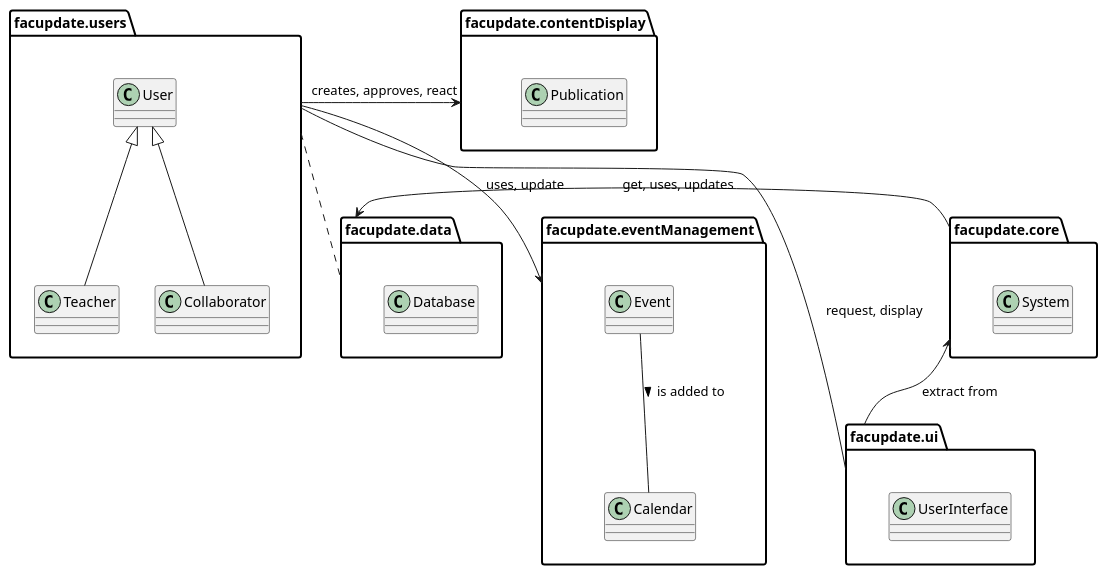
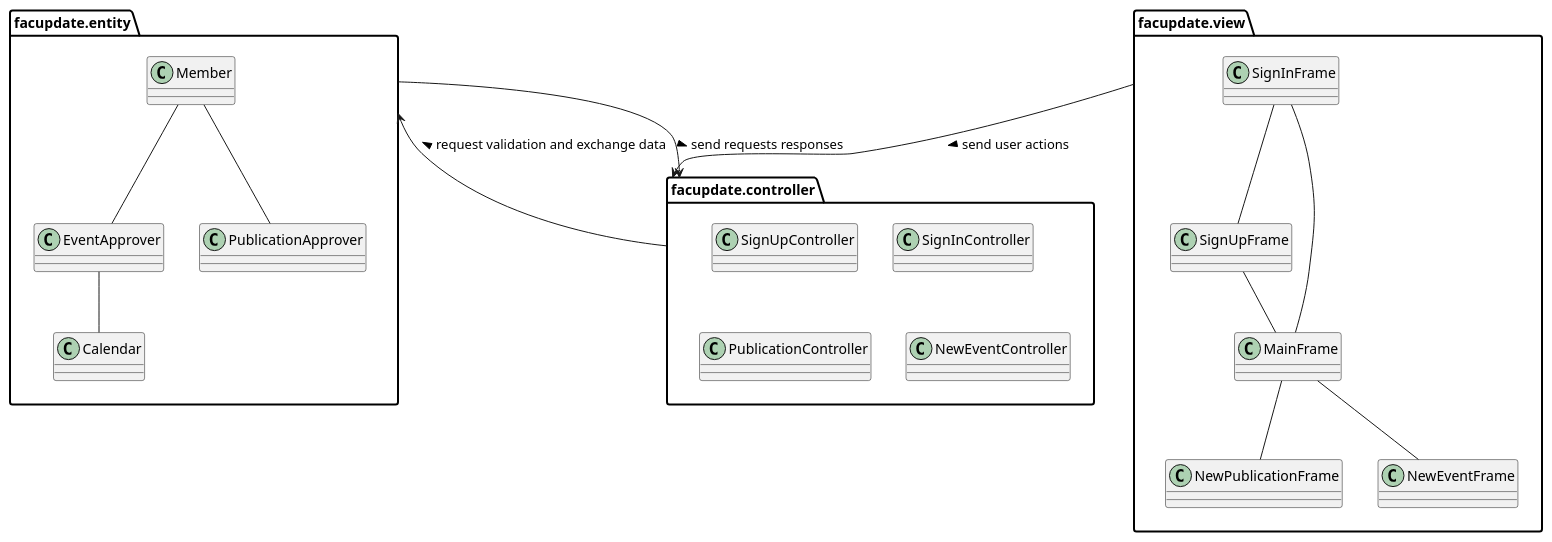
One commit to Danfloca02/ProyectoFacUpdate changed the diagram in docs/logicalView/analysisView/packageAnalysis/packageDiagram.plantuml. Above: the diagram before and after it, drawn with PlantUML. The commit also changed 7 other files, not shown here.

Commit message:
Updated class_ diagram from Class Analysis, updated PackageDiagram and README

```diff
--- a/docs/logicalView/analysisView/packageAnalysis/packageDiagram.plantuml
+++ b/docs/logicalView/analysisView/packageAnalysis/packageDiagram.plantuml
@@ -1,44 +1,42 @@
 @startuml package_diagram
 
 skinparam FontSize 14
 skinparam PackageBorderThickness 2
 
-package "facupdate.users" as users {
-    class User
-    class Teacher
-    class Collaborator
+package "facupdate.entity" as model {
+    class Member
+    class EventApprover
+    class Calendar
+    class PublicationApprover
 }
 
-package "facupdate.core" as core {
-    class System
+package "facupdate.view" as frame {
+    class SignUpFrame
+    class SignInFrame
+    class MainFrame
+    class NewPublicationFrame
+    class NewEventFrame
 }
 
-package "facupdate.data" as data {
-    class Database
+package "facupdate.controller" as control {
+    class SignUpController
+    class SignInController
+    class PublicationController
+    class NewEventController
 }
 
-package "facupdate.ui" as ui {
-    class UserInterface
-}
+Member -- EventApprover
+EventApprover -- Calendar
+Member -- PublicationApprover
 
-package "facupdate.contentDisplay" as content {
-    class Publication
-}
+SignInFrame -- MainFrame
+SignInFrame -- SignUpFrame
+SignUpFrame -- MainFrame
+MainFrame -- NewPublicationFrame
+MainFrame -- NewEventFrame
 
-package "facupdate.eventManagement" as calendar {
-    class Calendar
-    class Event
-}
-
-core <-down- ui : extract from
-core -left-> data : get, uses, updates
-users .. data
-users --> calendar : uses, update
-users -right- ui : request, display
-users -left-> content : creates, approves, react 
-
-User <|-- Teacher
-User <|-- Collaborator
-Event -- Calendar : is added to > 
+frame --> control : > send user actions
+control -up-> model : > request validation and exchange data 
+model --> control : > send requests responses
 
 @enduml
```
